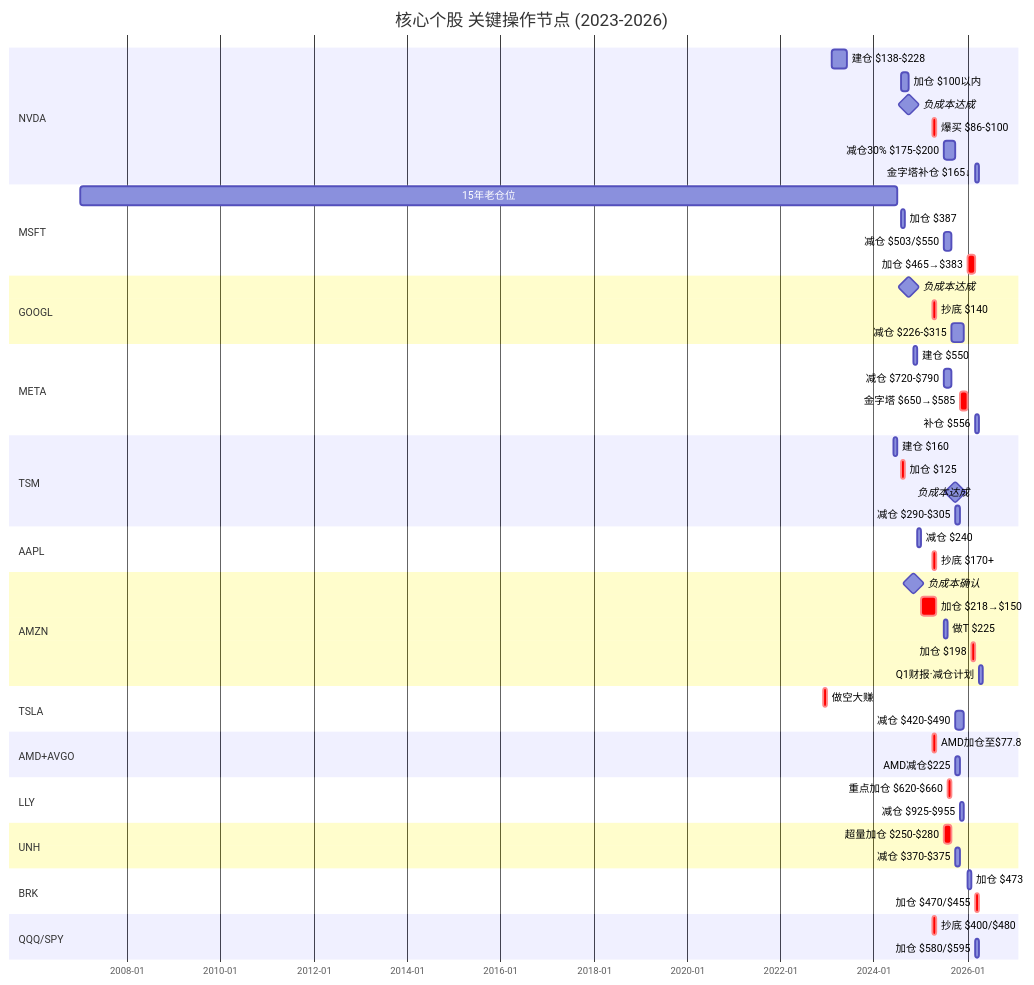
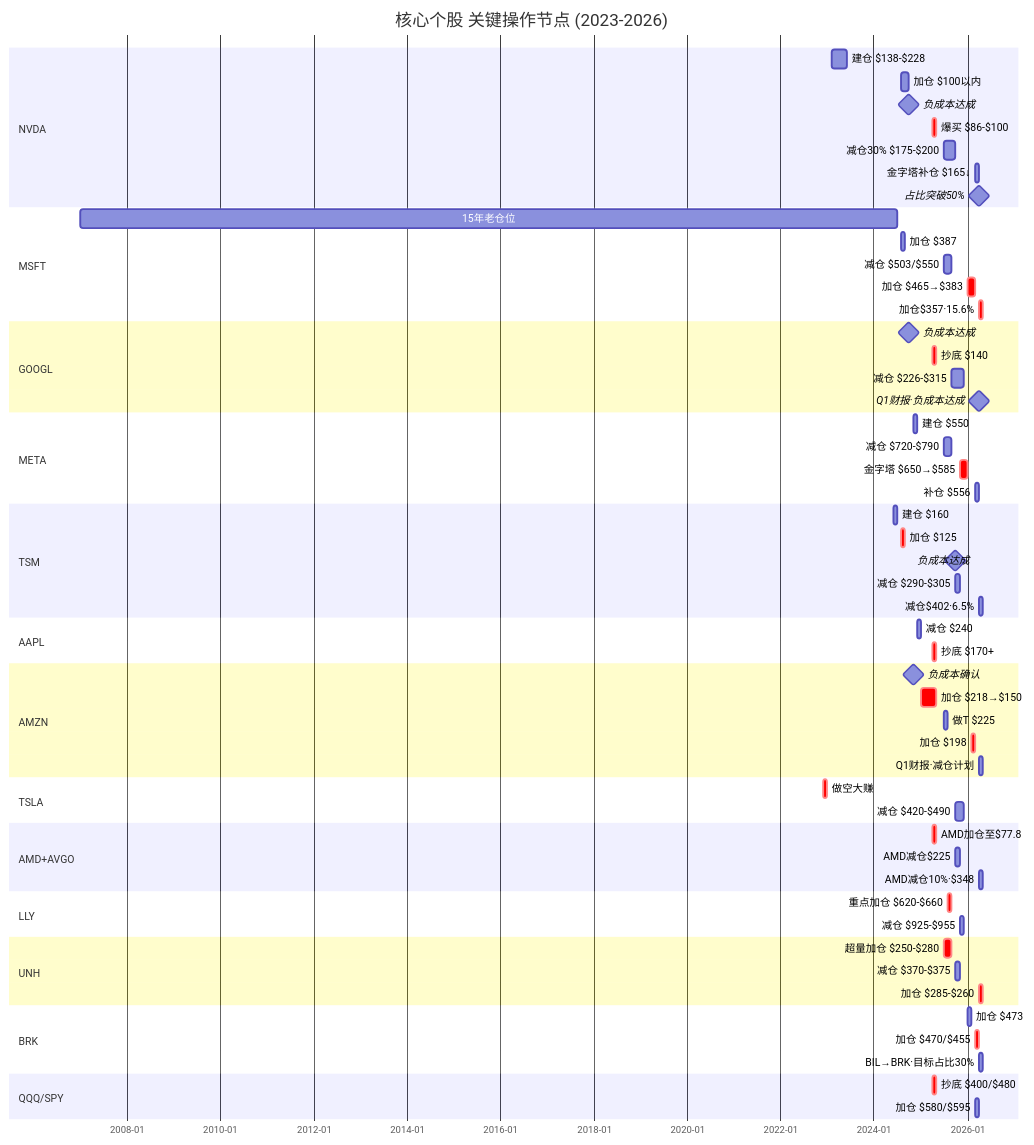
One commit to JionLin/jjc-money changed the second of 3 diagrams in docs/topology-details/A_美股投资实战.md. Above: the diagram before and after it, drawn with Mermaid. The commit also changed other lines of this file and 2 other files, not shown here.

````diff
--- a/docs/topology-details/A_美股投资实战.md
+++ b/docs/topology-details/A_美股投资实战.md
@@ -761,72 +833,79 @@
 ```mermaid
 gantt
     title 核心个股 关键操作节点 (2023-2026)
     dateFormat YYYY-MM
     axisFormat %Y-%m
 
     section NVDA
     建仓 $138-$228     :nvda1, 2023-02, 2023-06
     加仓 $100以内       :nvda2, 2024-08, 2024-10
     负成本达成          :milestone, 2024-10, 0d
     爆买 $86-$100      :crit, nvda3, 2025-04, 2025-05
     减仓30% $175-$200  :nvda4, 2025-07, 2025-10
     金字塔补仓 $165↓   :nvda5, 2026-03, 2026-04
+    占比突破50%         :milestone, 2026-04, 0d
 
     section MSFT
     15年老仓位          :msft0, 2007-01, 2024-07
     加仓 $387           :msft1, 2024-08, 2024-09
     减仓 $503/$550      :msft2, 2025-07, 2025-09
     加仓 $465→$383      :crit, msft3, 2026-01, 2026-03
+    加仓$357·15.6%       :crit, msft4, 2026-04, 2026-05
 
     section GOOGL
     负成本达成          :milestone, 2024-10, 0d
     抄底 $140           :crit, googl1, 2025-04, 2025-05
     减仓 $226-$315      :googl2, 2025-09, 2025-12
+    Q1财报·负成本达成    :milestone, 2026-04, 0d
 
     section META
     建仓 $550           :meta1, 2024-11, 2024-12
     减仓 $720-$790      :meta2, 2025-07, 2025-09
     金字塔 $650→$585    :crit, meta3, 2025-11, 2026-01
     补仓 $556           :meta4, 2026-03, 2026-04
 
     section TSM
     建仓 $160           :tsm1, 2024-06, 2024-07
     加仓 $125           :crit, tsm2, 2024-08, 2024-09
     负成本达成          :milestone, 2025-10, 0d
     减仓 $290-$305      :tsm3, 2025-10, 2025-11
+    减仓$402·6.5%        :tsm4, 2026-04, 2026-05
 
     section AAPL
     减仓 $240           :aapl1, 2024-12, 2025-01
     抄底 $170+          :crit, aapl2, 2025-04, 2025-05
 
     section AMZN
     负成本确认          :milestone, 2024-11, 0d
     加仓 $218→$150      :crit, amzn1, 2025-01, 2025-05
     做T $225            :amzn2, 2025-07, 2025-08
     加仓 $198           :crit, amzn3, 2026-02, 2026-03
     Q1财报·减仓计划     :amzn4, 2026-04, 2026-05
 
     section TSLA
     做空大赚            :crit, tsla0, 2022-12, 2023-01
     减仓 $420-$490      :tsla1, 2025-10, 2025-12
 
     section AMD+AVGO
     AMD加仓至$77.8      :crit, amd1, 2025-04, 2025-05
     AMD减仓$225         :amd2, 2025-10, 2025-11
+    AMD减仓10%·$348     :amd3, 2026-04, 2026-05
 
     section LLY
     重点加仓 $620-$660  :crit, lly1, 2025-08, 2025-09
     减仓 $925-$955      :lly2, 2025-11, 2025-12
 
     section UNH
     超量加仓 $250-$280  :crit, unh1, 2025-07, 2025-09
     减仓 $370-$375      :unh2, 2025-10, 2025-11
+    加仓 $285-$260      :crit, unh3, 2026-04, 2026-05
 
     section BRK
     加仓 $473            :brk1, 2026-01, 2026-02
     加仓 $470/$455       :crit, brk2, 2026-03, 2026-04
+    BIL→BRK·目标占比30%  :brk3, 2026-04, 2026-05
 
     section QQQ/SPY
     抄底 $400/$480      :crit, etf1, 2025-04, 2025-05
     加仓 $580/$595      :etf2, 2026-03, 2026-04
 ```
````
